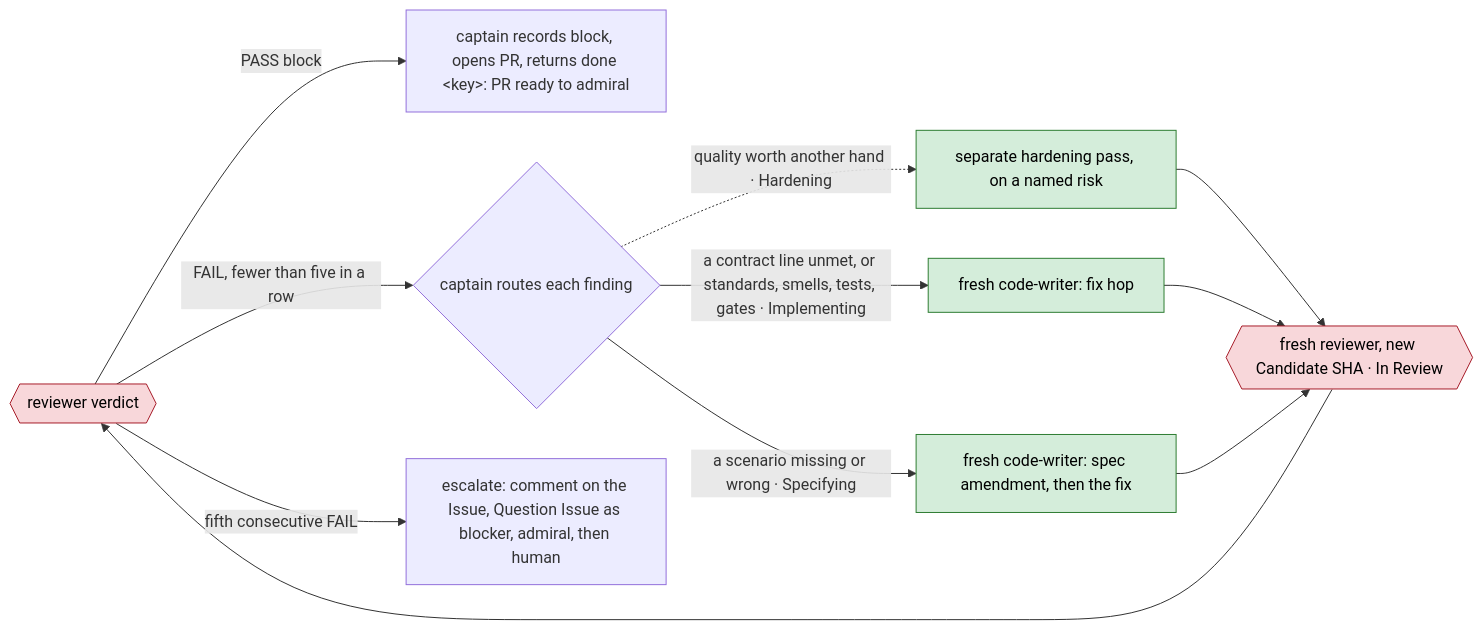
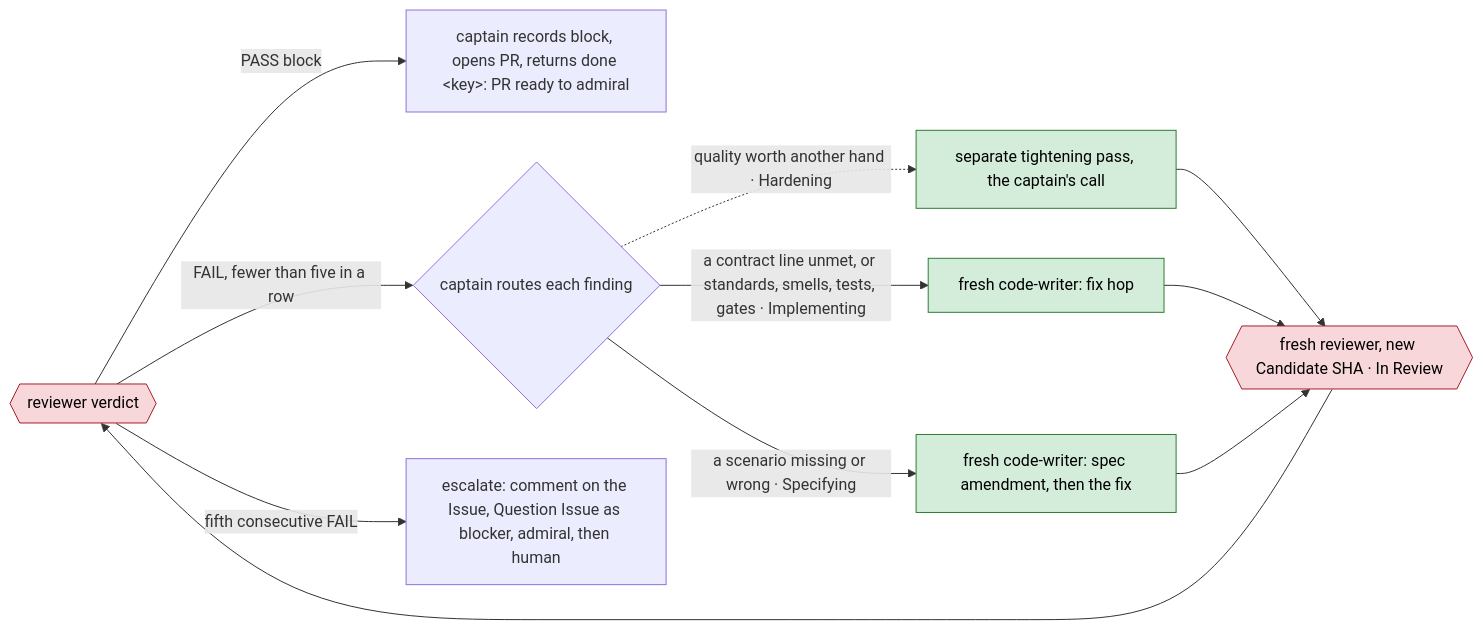
The sixth of 12 diagrams in dydo/understand/control-flow.md (bodnarbalazs/dydo), drawn with Mermaid before and after one commit. The commit also changed other lines of this file and 13 other files, not shown here.

````diff
--- a/dydo/understand/control-flow.md
+++ b/dydo/understand/control-flow.md
@@ -461,15 +459,15 @@
 ```mermaid
 flowchart LR
   classDef worker fill:#d4edda,stroke:#2e7d32,color:#000
   classDef reviewer fill:#f8d7da,stroke:#a71d2a,color:#000
   RV{{reviewer verdict}}:::reviewer -->|PASS block| OK[captain records block, opens PR, returns done &lt;key&gt;: PR ready to admiral]
   RV -->|"FAIL, fewer than five in a row"| RT{captain routes each finding}
   RT -->|"a contract line unmet, or standards, smells, tests, gates · Implementing"| IM[fresh code-writer: fix hop]:::worker
   RT -->|"a scenario missing or wrong · Specifying"| SP[fresh code-writer: spec amendment, then the fix]:::worker
-  RT -.->|"quality worth another hand · Hardening"| HD[separate hardening pass, on a named risk]:::worker
+  RT -.->|"quality worth another hand · Hardening"| HD[separate tightening pass, the captain's call]:::worker
   HD --> FR{{fresh reviewer, new Candidate SHA · In Review}}:::reviewer
   IM --> FR
   SP --> FR
   FR --> RV
   RV -->|fifth consecutive FAIL| ESC[escalate: comment on the Issue, Question Issue as blocker, admiral, then human]
 ```
````
